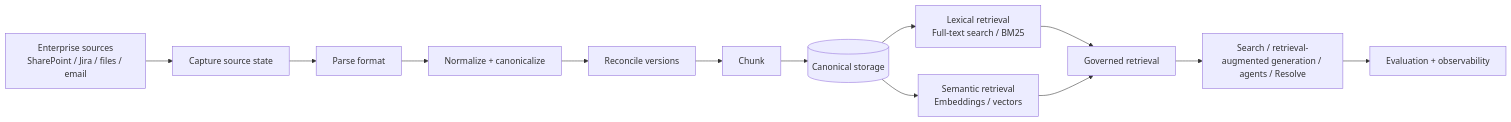
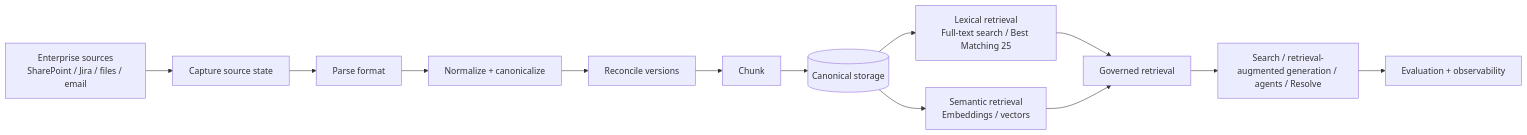
Before and after one commit to kumarchandansingh/tropos: the first of 17 diagrams in docs/learning/ENTERPRISE_KNOWLEDGE_SYSTEMS_INTERVIEW_GUIDE.md, drawn with Mermaid. The commit also changed other lines of this file, not shown here.

````diff
--- a/docs/learning/ENTERPRISE_KNOWLEDGE_SYSTEMS_INTERVIEW_GUIDE.md
+++ b/docs/learning/ENTERPRISE_KNOWLEDGE_SYSTEMS_INTERVIEW_GUIDE.md
@@ -9,16 +9,16 @@
 ```mermaid
 flowchart LR
     S[Enterprise sources\nSharePoint / Jira / files / email]
     --> C[Capture source state]
     --> P[Parse format]
     --> N[Normalize + canonicalize]
     --> V[Reconcile versions]
     --> K[Chunk]
     --> D[(Canonical storage)]
-    D --> L[Lexical retrieval\nFull-text search / BM25]
+    D --> L[Lexical retrieval\nFull-text search / Best Matching 25]
     D --> E[Semantic retrieval\nEmbeddings / vectors]
     L --> R[Governed retrieval]
     E --> R
     R --> A[Search / retrieval-augmented generation / agents / Resolve]
     A --> Q[Evaluation + observability]
 ```
````
